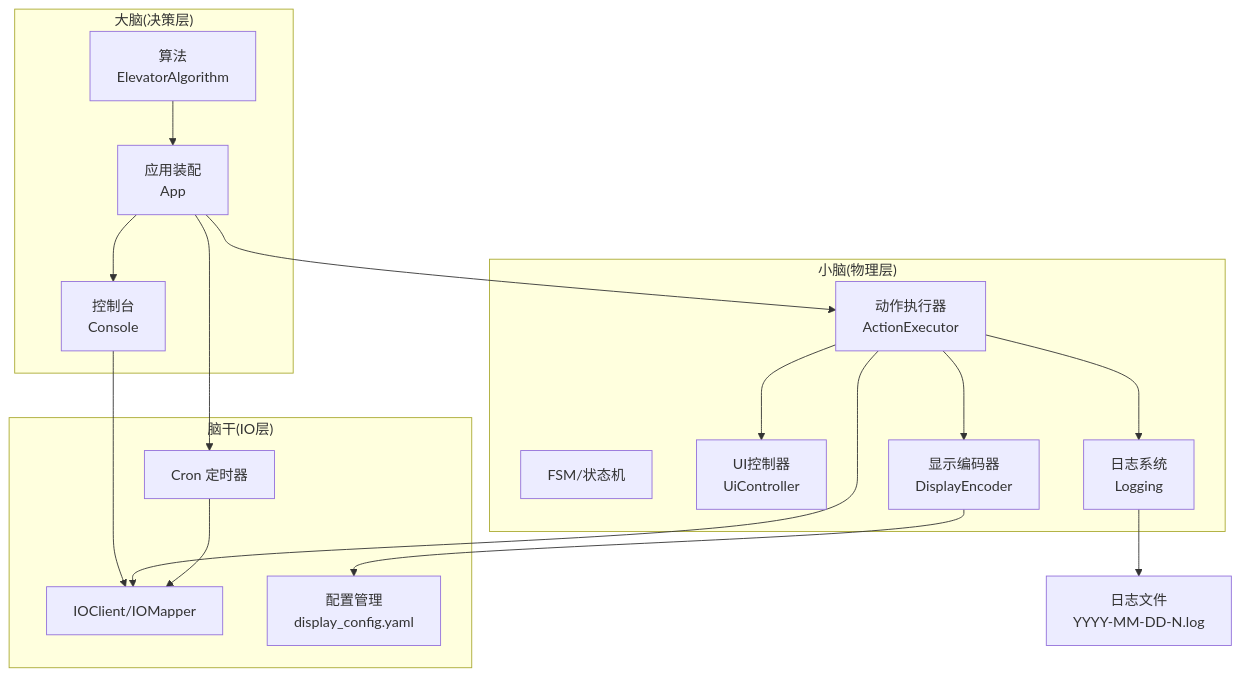
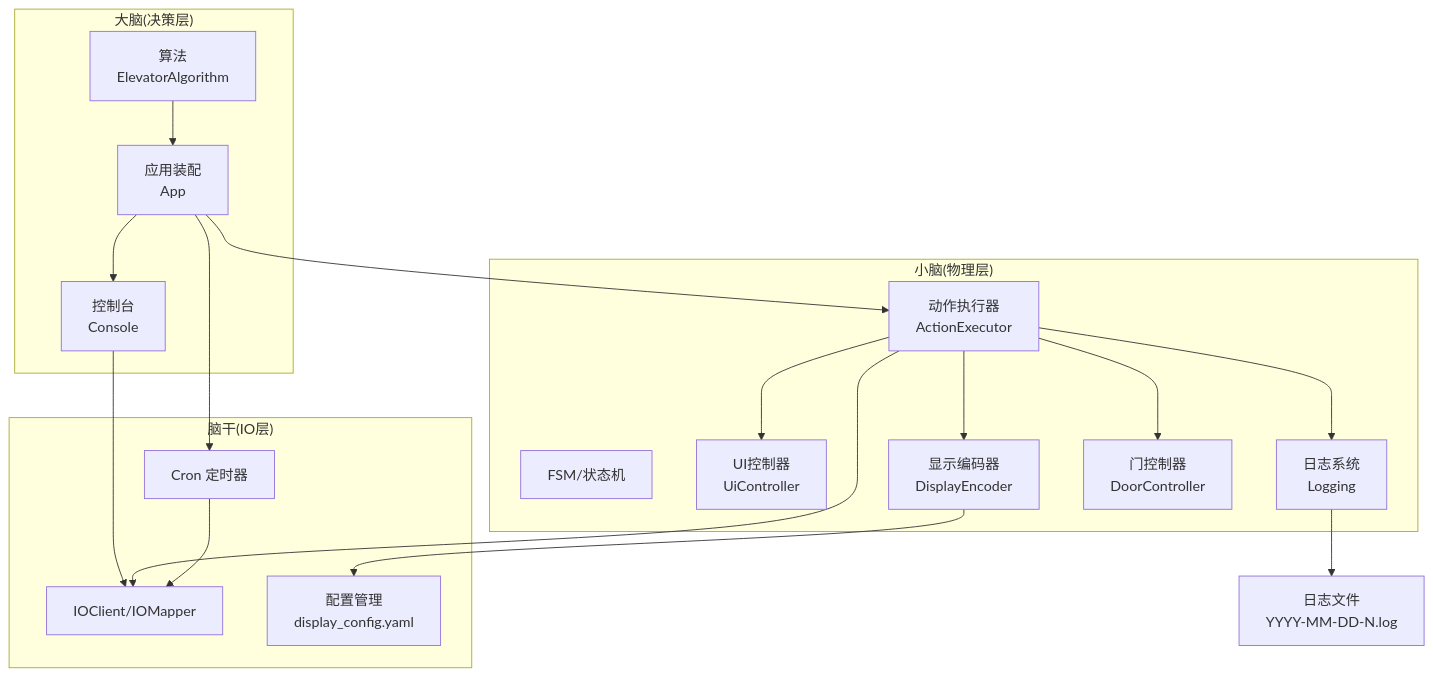
One commit to xmb505/Haku_EET changed the first of 10 diagrams in .qoder/repowiki/zh/content/接口契约/接口契约.md. Above: the diagram before and after it, drawn with Mermaid. The commit also changed other lines of this file and 27 other files, not shown here.

````diff
--- a/.qoder/repowiki/zh/content/接口契约/接口契约.md
+++ b/.qoder/repowiki/zh/content/接口契约/接口契约.md
@@ -46,32 +47,34 @@
 ```mermaid
 graph TB
 subgraph "大脑(决策层)"
 ALG["算法<br/>ElevatorAlgorithm"]
 APP["应用装配<br/>App"]
 CONSOLE["控制台<br/>Console"]
 end
 subgraph "小脑(物理层)"
 EXEC["动作执行器<br/>ActionExecutor"]
 FSM["FSM/状态机"]
 UI["UI控制器<br/>UiController"]
 DISPLAY["显示编码器<br/>DisplayEncoder"]
 LOGGING["日志系统<br/>Logging"]
+DOOR_CTRL["门控制器<br/>DoorController"]
 end
 subgraph "脑干(IO层)"
 IO["IOClient/IOMapper"]
 CRON["Cron 定时器"]
 CONFIG["配置管理<br/>display_config.yaml"]
 end
 ALG --> APP
 APP --> EXEC
 APP --> CONSOLE
 CONSOLE --> IO
 EXEC --> IO
 EXEC --> UI
 EXEC --> DISPLAY
 EXEC --> LOGGING
+EXEC --> DOOR_CTRL
 DISPLAY --> CONFIG
 APP --> CRON
 CRON --> IO
 LOGGING --> FILE["日志文件<br/>YYYY-MM-DD-N.log"]
 ```
````
